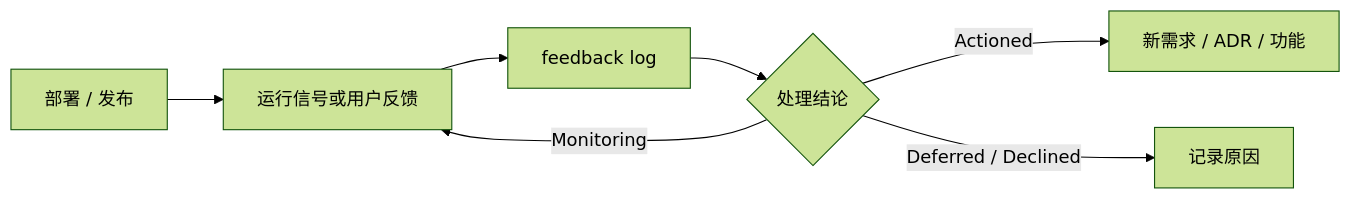
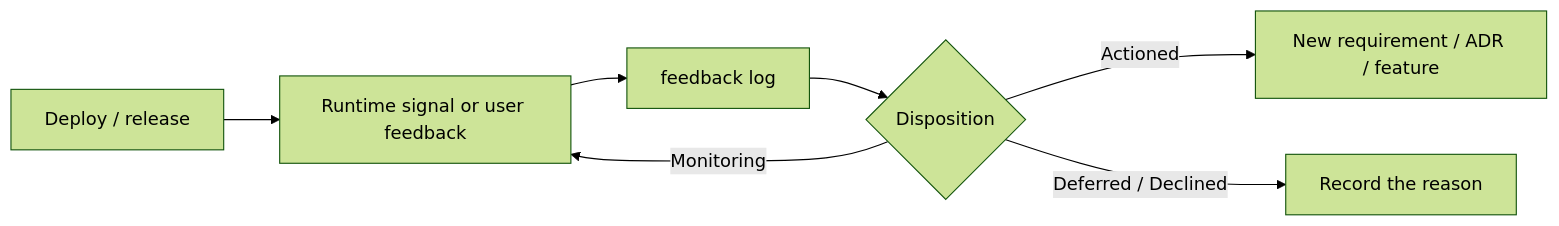
Before and after one commit to Caesarlo/SDLC-Harness-docs: the diagram in guides/feedback-loop.mdx, drawn with Mermaid (forest theme). The commit also changed other lines of this file and 64 other files, not shown here.

````diff
--- a/guides/feedback-loop.mdx
+++ b/guides/feedback-loop.mdx
@@ -46,9 +46,9 @@
 ```mermaid
 flowchart LR
-  A["部署 / 发布"] --> B["运行信号或用户反馈"]
+  A["Deploy / release"] --> B["Runtime signal or user feedback"]
   B --> C["feedback log"]
-  C --> D{"处理结论"}
-  D -->|Actioned| E["新需求 / ADR / 功能"]
+  C --> D{"Disposition"}
+  D -->|Actioned| E["New requirement / ADR / feature"]
   D -->|Monitoring| B
-  D -->|Deferred / Declined| F["记录原因"]
+  D -->|Deferred / Declined| F["Record the reason"]
 ```
````
